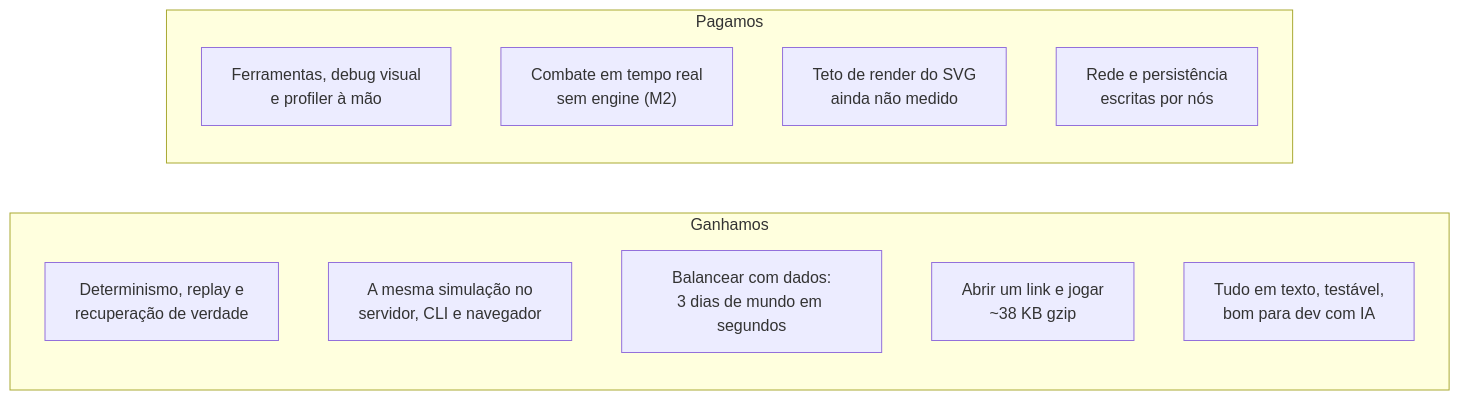
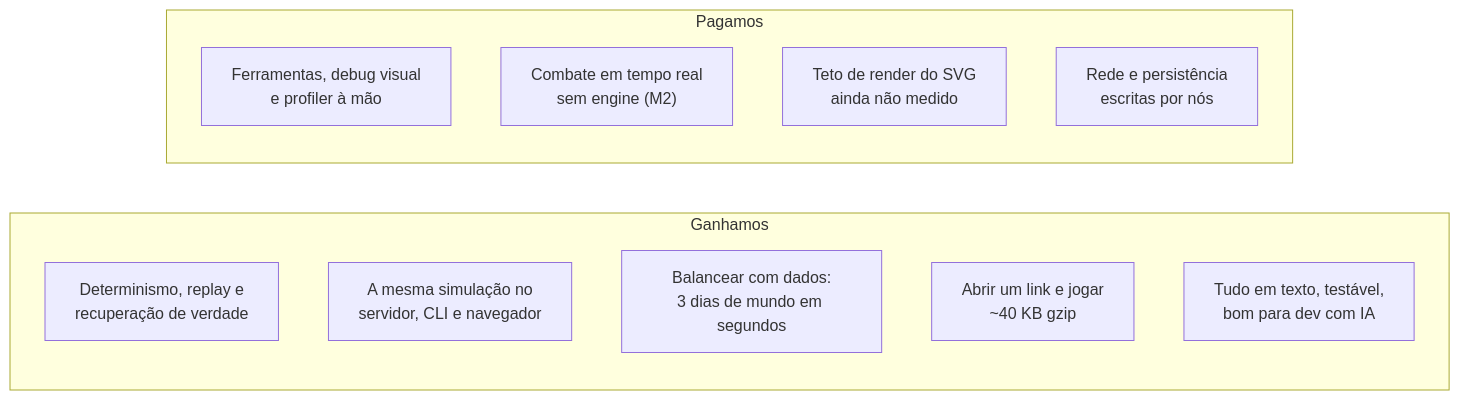
One commit to eliasfeijo/geometrix changed the eighth of 8 diagrams in docs/OVERVIEW.md. Above: the diagram before and after it, drawn with Mermaid. The commit also changed other lines of this file, not shown here.

````diff
--- a/docs/OVERVIEW.md
+++ b/docs/OVERVIEW.md
@@ -515,16 +521,16 @@
 ```mermaid
 flowchart LR
     subgraph "Ganhamos"
         G1["Determinismo, replay e<br/>recuperação de verdade"]
         G2["A mesma simulação no<br/>servidor, CLI e navegador"]
         G3["Balancear com dados:<br/>3 dias de mundo em segundos"]
-        G4["Abrir um link e jogar<br/>~38 KB gzip"]
+        G4["Abrir um link e jogar<br/>~40 KB gzip"]
         G5["Tudo em texto, testável,<br/>bom para dev com IA"]
     end
     subgraph "Pagamos"
         P1["Ferramentas, debug visual<br/>e profiler à mão"]
         P2["Combate em tempo real<br/>sem engine (M2)"]
         P3["Teto de render do SVG<br/>ainda não medido"]
         P4["Rede e persistência<br/>escritas por nós"]
     end
 ```
````
